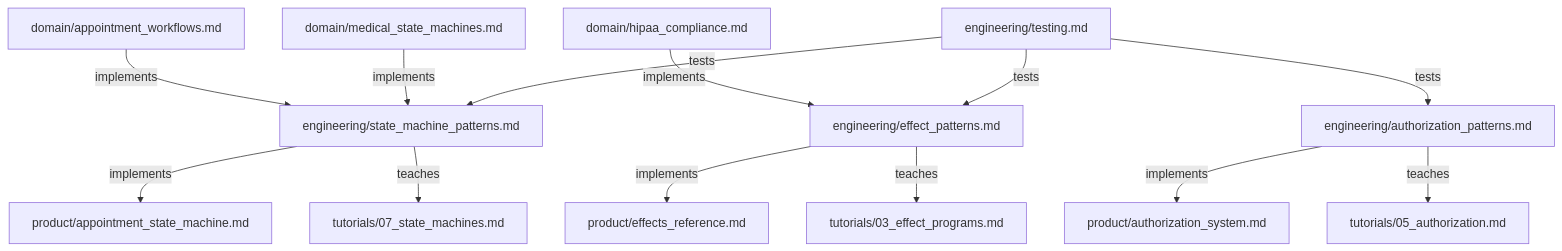
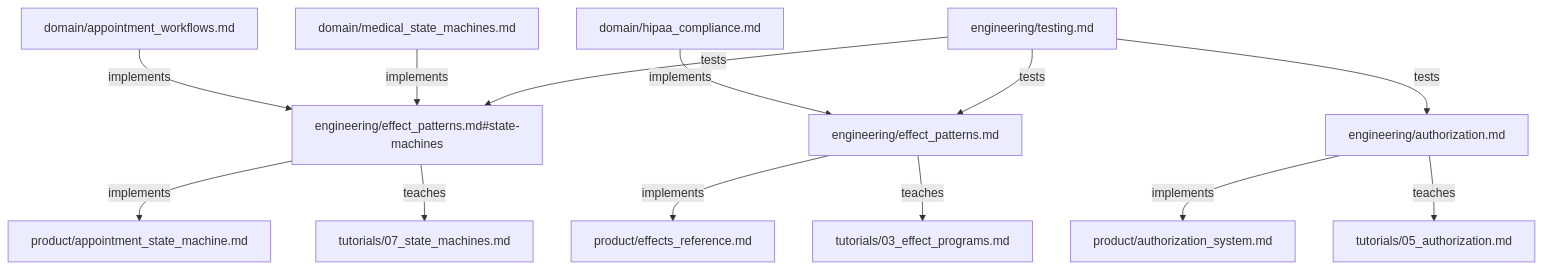
One commit to Tuee22/effectful changed the diagram in demo/healthhub/documents/engineering/README.md. Above: the diagram before and after it, drawn with Mermaid. The commit also changed other lines of this file and 52 other files, not shown here.

````diff
--- a/demo/healthhub/documents/engineering/README.md
+++ b/demo/healthhub/documents/engineering/README.md
@@ -233,35 +154,35 @@
 ```mermaid
 graph TB
     D1[domain/appointment_workflows.md]
     D2[domain/medical_state_machines.md]
     D3[domain/hipaa_compliance.md]
 
-    BP1[engineering/authorization_patterns.md]
-    BP2[engineering/state_machine_patterns.md]
+    BP1[engineering/authorization.md]
+    BP2[engineering/effect_patterns.md#state-machines]
     BP3[engineering/effect_patterns.md]
     BP4[engineering/testing.md]
 
     P1[product/authorization_system.md]
     P2[product/appointment_state_machine.md]
     P3[product/effects_reference.md]
 
     T1[tutorials/05_authorization.md]
     T2[tutorials/07_state_machines.md]
     T3[tutorials/03_effect_programs.md]
 
     D1 -->|implements| BP2
     D2 -->|implements| BP2
     D3 -->|implements| BP3
 
     BP1 -->|implements| P1
     BP2 -->|implements| P2
     BP3 -->|implements| P3
 
     BP1 -->|teaches| T1
     BP2 -->|teaches| T2
     BP3 -->|teaches| T3
 
     BP4 -->|tests| BP1
     BP4 -->|tests| BP2
     BP4 -->|tests| BP3
 ```
````
